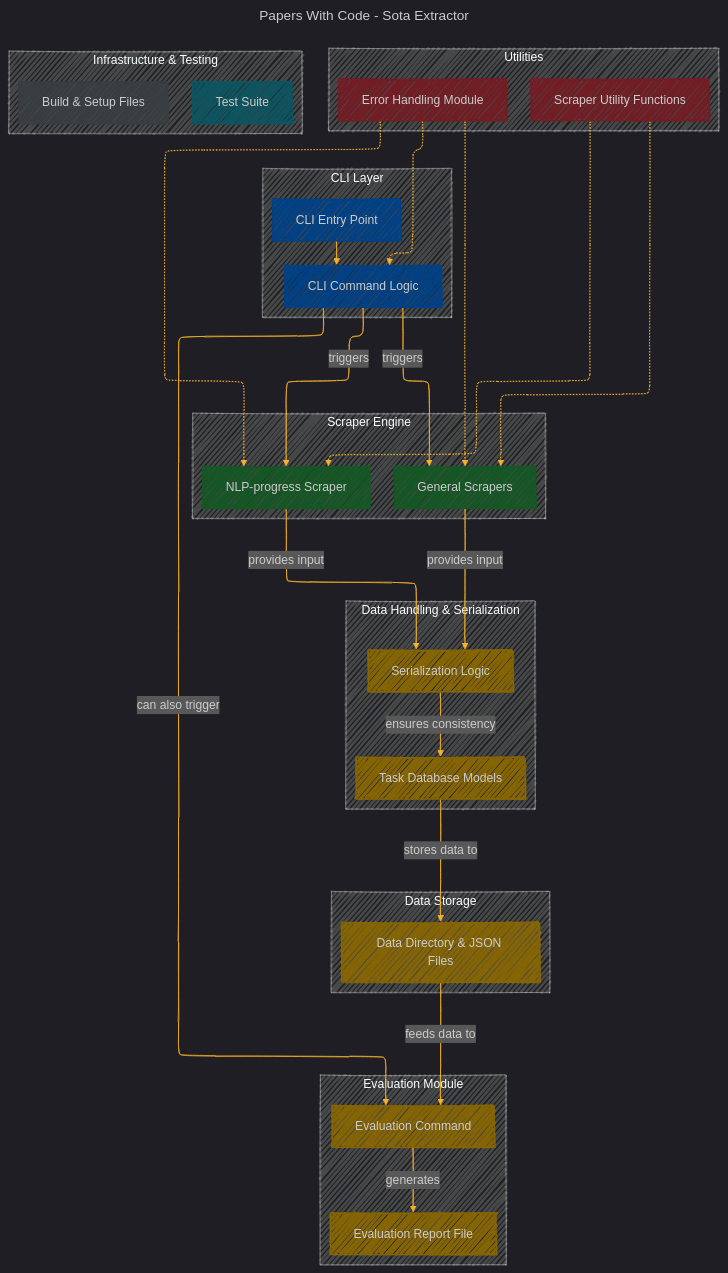
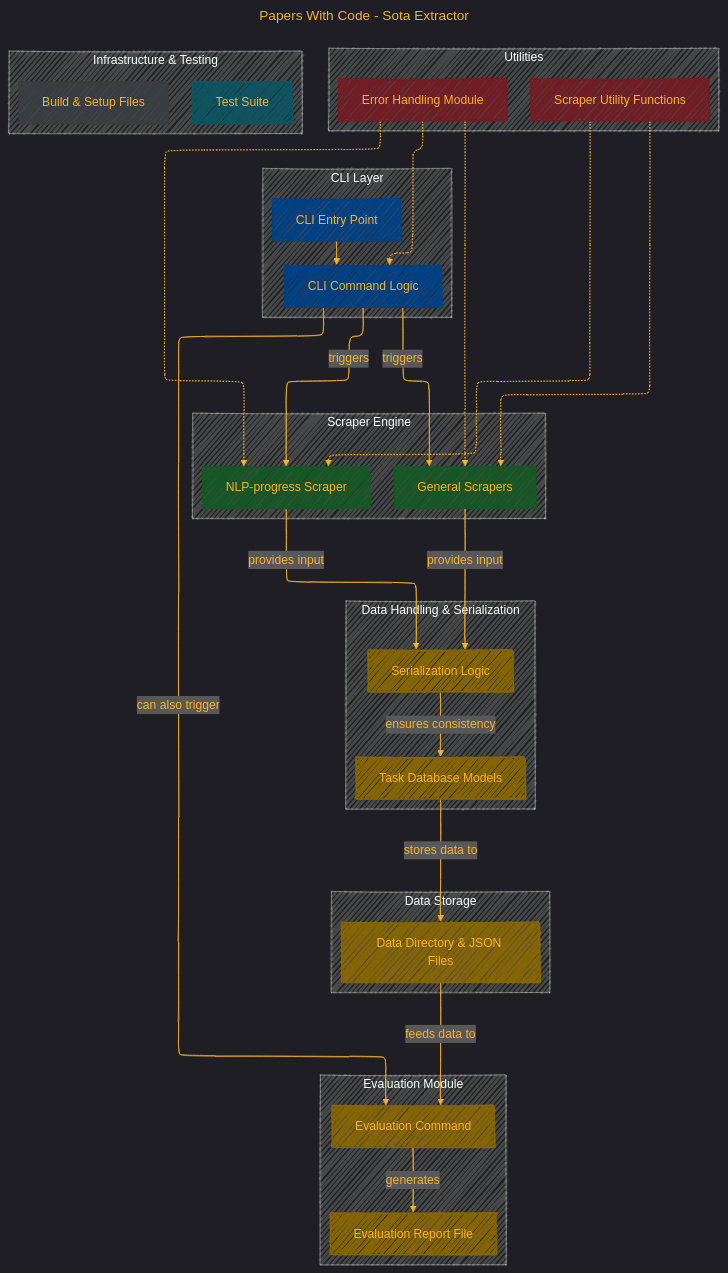
Before and after one commit to CongLeSolutionX/ArchExplorer: the diagram in PAPER_WITH_CODE/sota-extractor/sota-extractor.md, drawn with Mermaid.

```diff
--- a/PAPER_WITH_CODE/sota-extractor/sota-extractor.md
+++ b/PAPER_WITH_CODE/sota-extractor/sota-extractor.md
@@ -60,6 +60,7 @@
     'themeVariables': {
       'primaryColor': '#f231',
       'primaryTextColor': '#239',
+      'textColor': '#F8B229',
       'primaryBorderColor': '#7c2',
       'lineColor': '#F8B229',
       'secondaryColor': '#006100',
```
